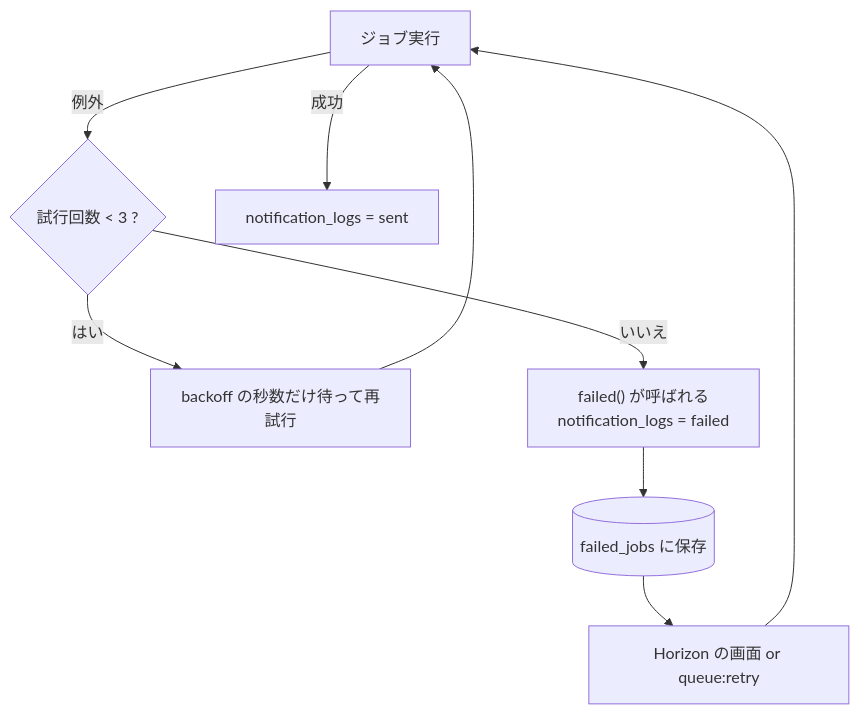
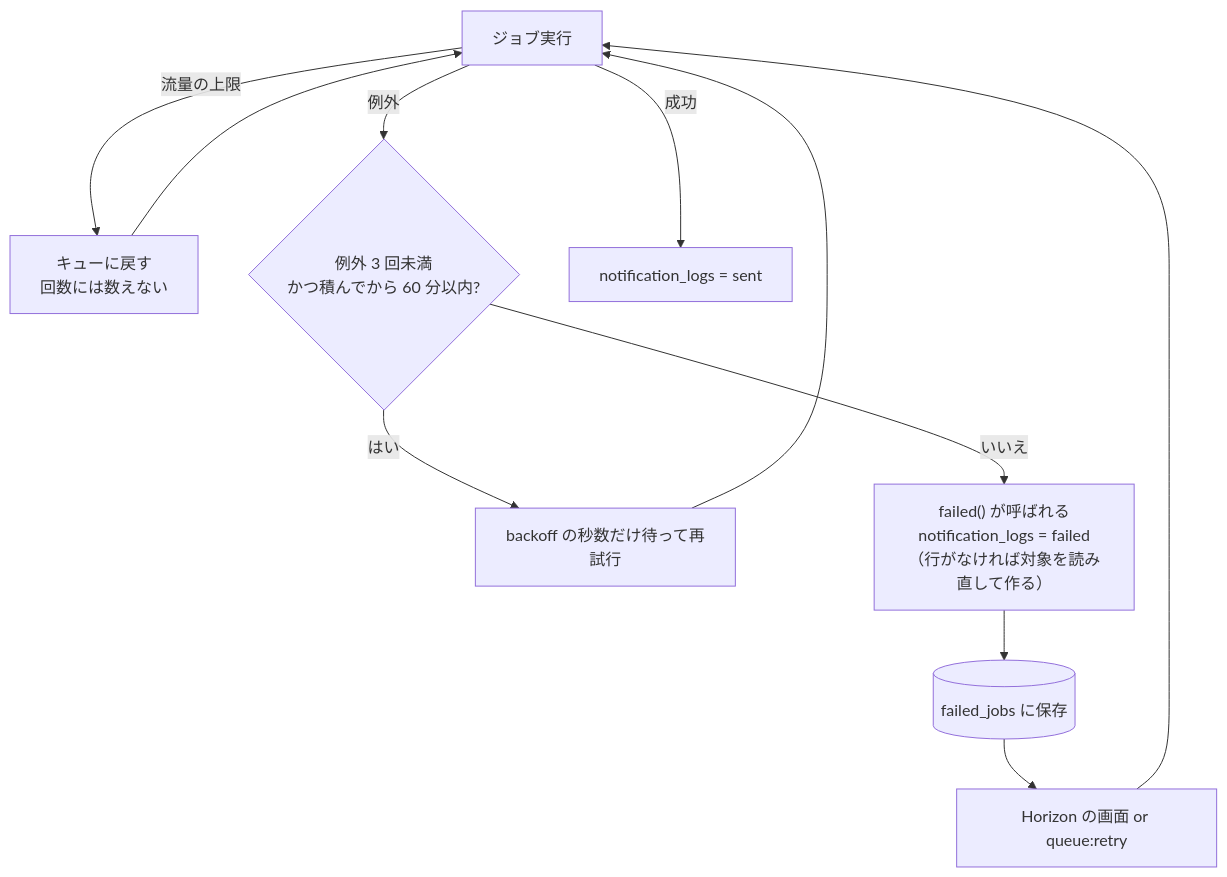
One commit to hata-junnosuke/next_team changed the fourth of 4 diagrams in docs/03_非同期処理の設計.md. Above: the diagram before and after it, drawn with Mermaid. The commit also changed other lines of this file and 20 other files, not shown here.

````diff
--- a/docs/03_非同期処理の設計.md
+++ b/docs/03_非同期処理の設計.md
@@ -264,11 +264,13 @@
 ```mermaid
 flowchart TB
-    A[ジョブ実行] -->|例外| B{試行回数 < 3 ?}
+    A[ジョブ実行] -->|流量の上限| R[キューに戻す<br/>回数には数えない]
+    R --> A
+    A -->|例外| B{例外 3 回未満<br/>かつ積んでから 60 分以内?}
     B -->|はい| C[backoff の秒数だけ待って再試行]
     C --> A
-    B -->|いいえ| D["failed() が呼ばれる<br/>notification_logs = failed"]
+    B -->|いいえ| D["failed() が呼ばれる<br/>notification_logs = failed<br/>（行がなければ対象を読み直して作る）"]
     D --> E[(failed_jobs に保存)]
     E --> F[Horizon の画面 or queue:retry]
     F --> A
     A -->|成功| G[notification_logs = sent]
 ```
````
